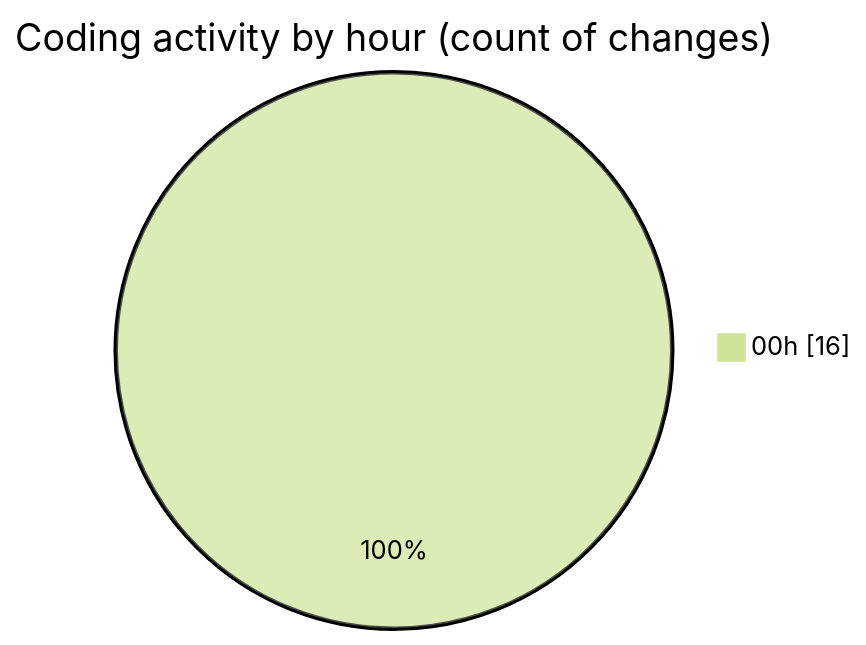
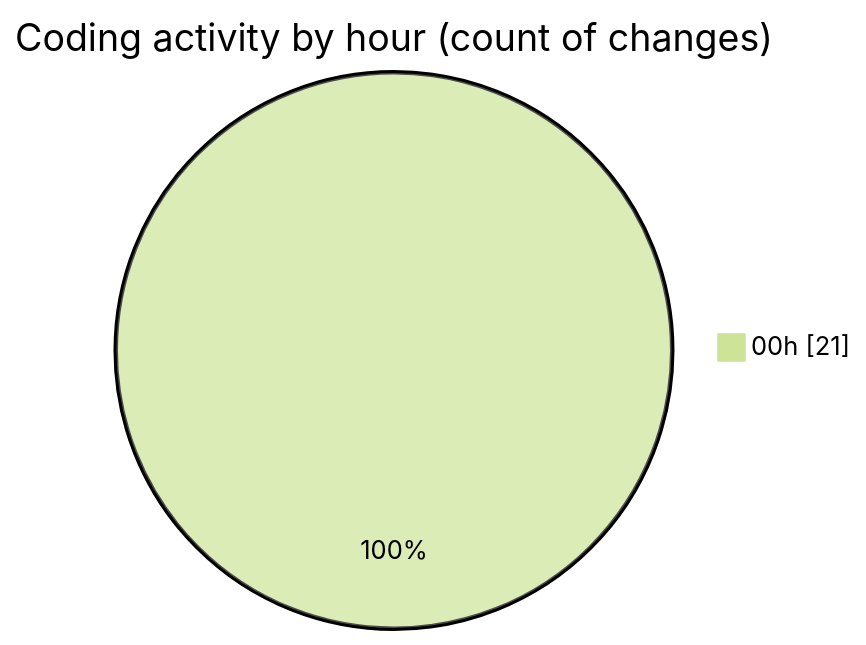
Before and after one commit to lephambinh05/code-tracking: the second of 2 diagrams in 2025-08-16/rentotp/README.md, drawn with Mermaid (forest theme). The commit also changed other lines of this file and 1 other file, not shown here.

````diff
--- a/2025-08-16/rentotp/README.md
+++ b/2025-08-16/rentotp/README.md
@@ -36,5 +36,5 @@
 ```mermaid
 pie showData
 title Coding activity by hour (count of changes)
-"00h" : 16
+"00h" : 21
 ```
````
